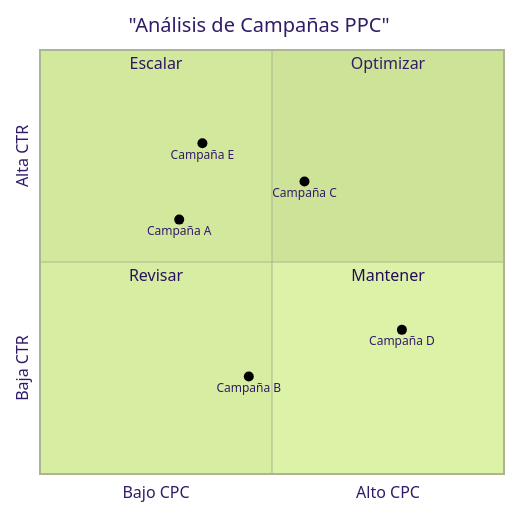
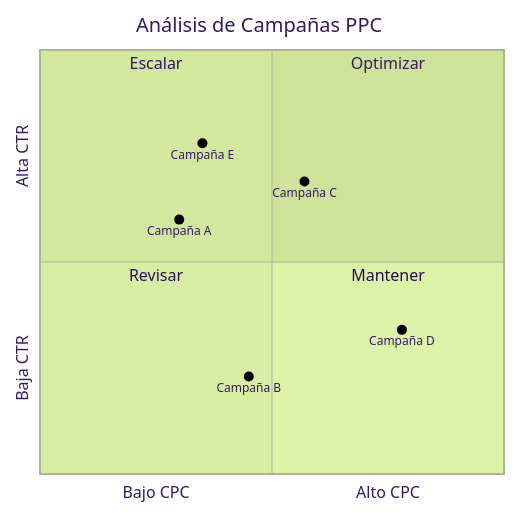
Before and after one commit to JovannyCO/ENTORNOS: the fifth of 6 diagrams in DIAGRAMAS/README.md, drawn with Mermaid (forest theme).

Commit message:
Análisis de Campañas PPC

````diff
--- a/DIAGRAMAS/README.md
+++ b/DIAGRAMAS/README.md
@@ -144,15 +144,15 @@
 ```mermaid
 quadrantChart
-    title "Análisis de Campañas PPC"
+    title Análisis de Campañas PPC
     x-axis Bajo CPC --> Alto CPC
     y-axis Baja CTR --> Alta CTR
     quadrant-1 Optimizar
     quadrant-2 Escalar
     quadrant-3 Revisar
     quadrant-4 Mantener
     "Campaña A": [0.3, 0.6]
     "Campaña B": [0.45, 0.23]
     "Campaña C": [0.57, 0.69]
     "Campaña D": [0.78, 0.34]
     "Campaña E": [0.35, 0.78]
 ```
````
